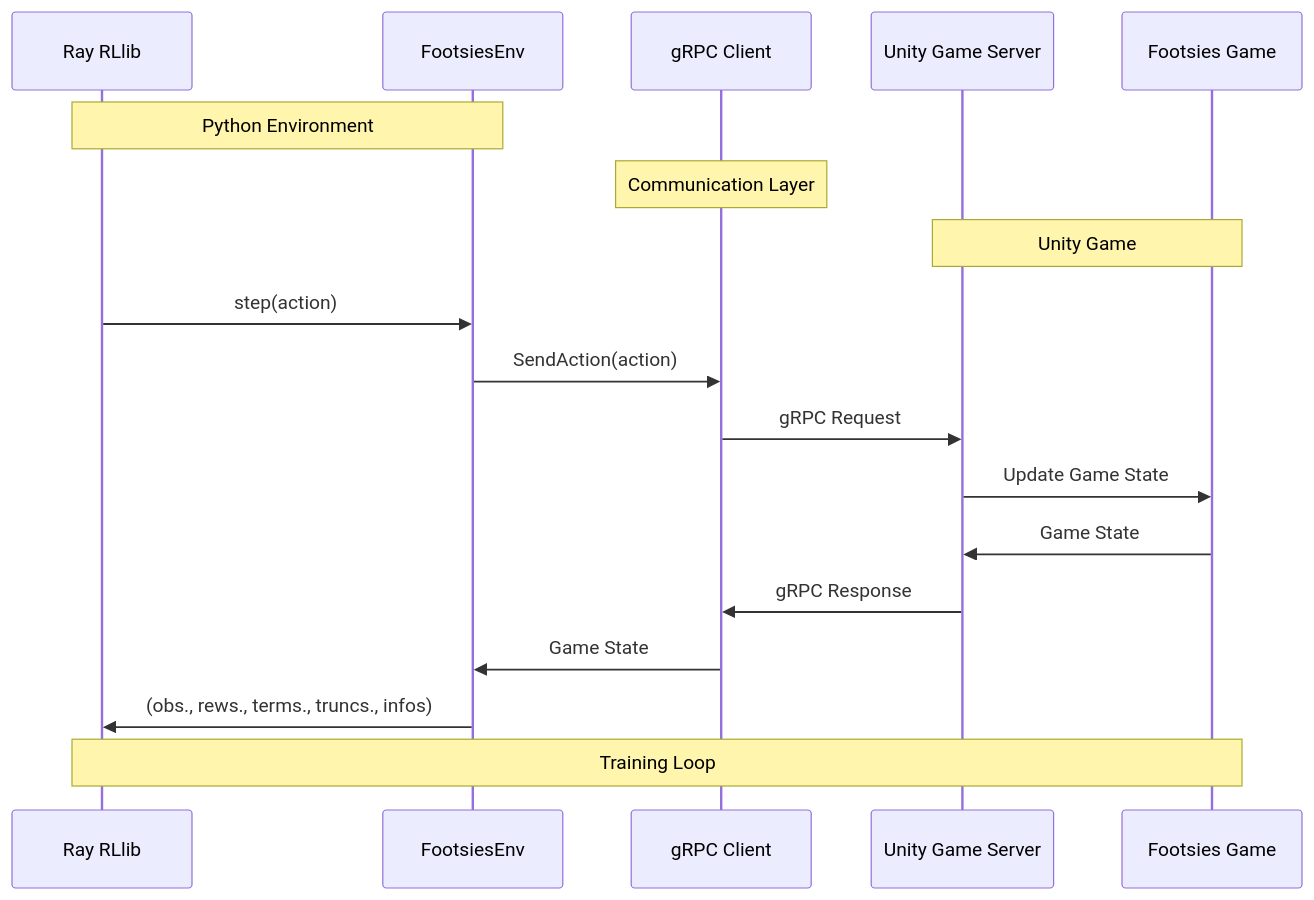
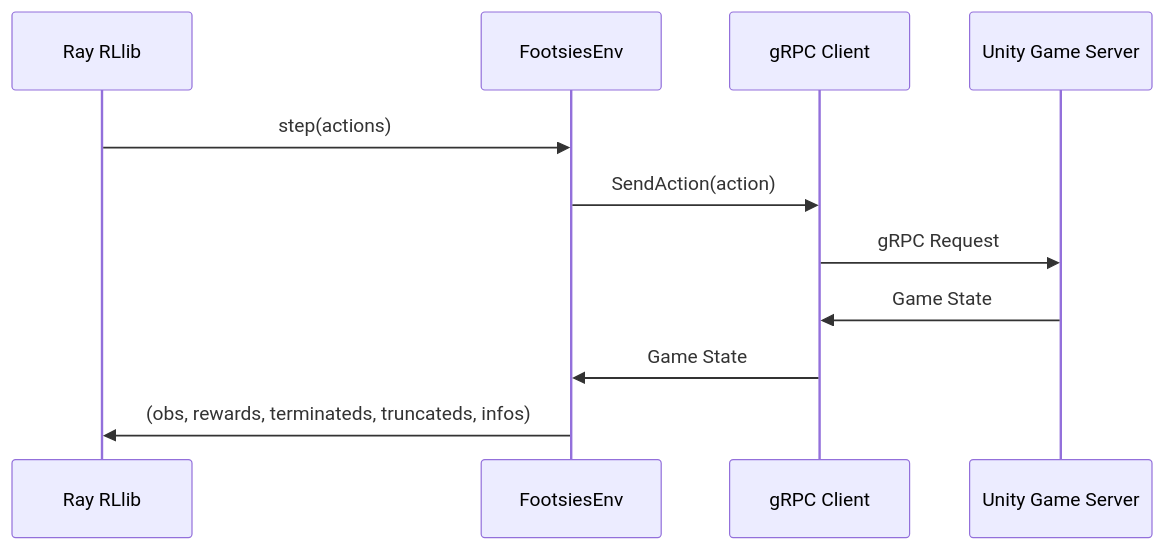
The diagram in README.md (como-research/FootsiesGym), drawn with Mermaid before and after one commit. The commit also changed other lines of this file, not shown here.

````diff
--- a/README.md
+++ b/README.md
@@ -10,24 +46,14 @@
 ```mermaid
 sequenceDiagram
     participant RLlib as Ray RLlib
     participant Env as FootsiesEnv
     participant gRPC as gRPC Client
     participant Server as Unity Game Server
-    participant Game as Footsies Game
 
-    Note over RLlib,Env: Python Environment
-    Note over gRPC: Communication Layer
-    Note over Server,Game: Unity Game
-
-    RLlib->>Env: step(action)
+    RLlib->>Env: step(actions)
     Env->>gRPC: SendAction(action)
     gRPC->>Server: gRPC Request
-    Server->>Game: Update Game State
-    Game->>Server: Game State
-    Server->>gRPC: gRPC Response
+    Server->>gRPC: Game State
     gRPC->>Env: Game State
-    Env->>RLlib: (obs., rews., terms., truncs., infos)
-
-    Note over RLlib,Game: Training Loop
-
+    Env->>RLlib: (obs, rewards, terminateds, truncateds, infos)
 ```
````
